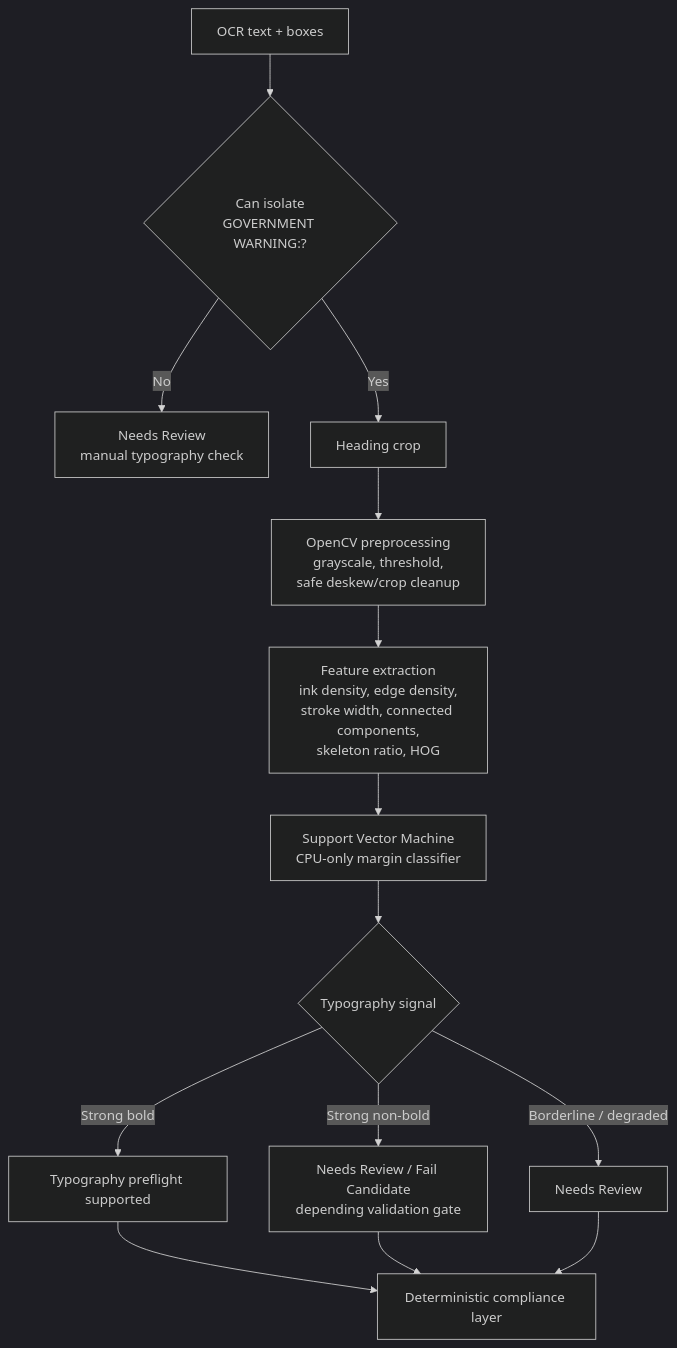
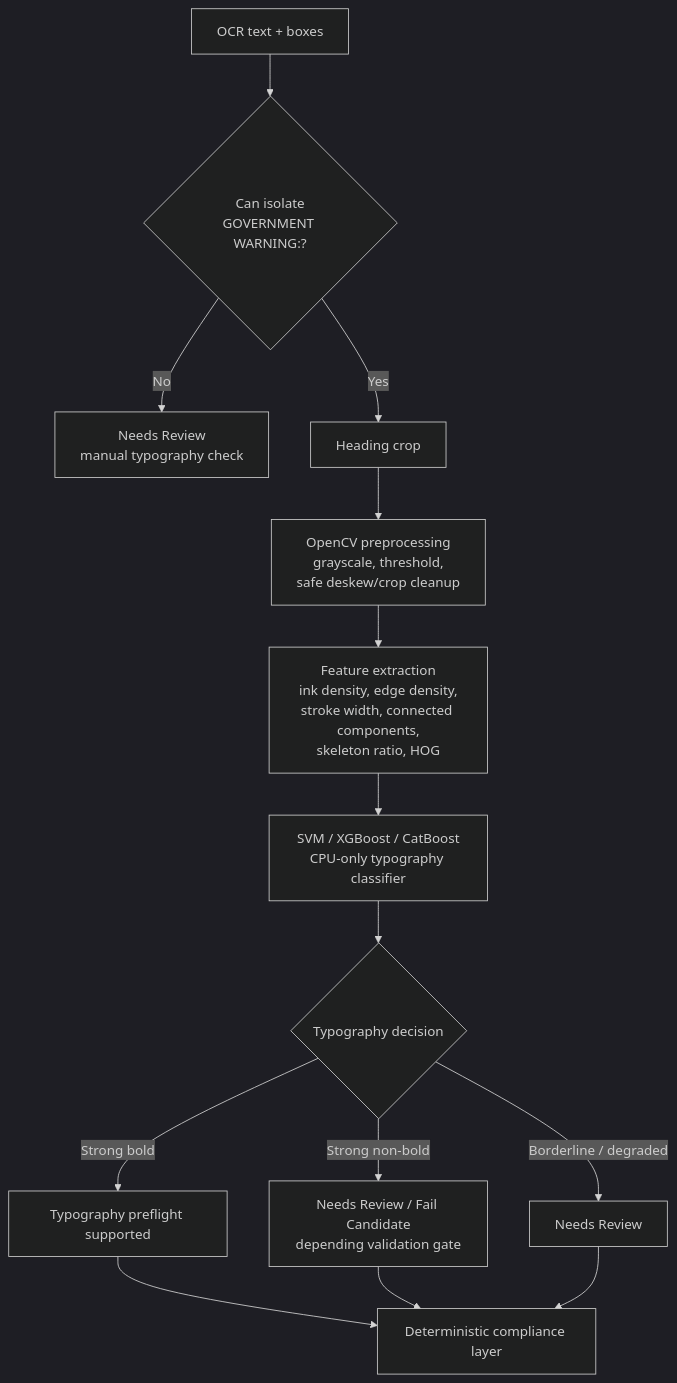
One commit to AaronNHorvitz/Labels-On-Tap changed the seventh of 10 diagrams in MODEL_ARCHITECTURE.md. Above: the diagram before and after it, drawn with Mermaid (dark theme). The commit also changed other lines of this file and 9 other files, not shown here.

````diff
--- a/MODEL_ARCHITECTURE.md
+++ b/MODEL_ARCHITECTURE.md
@@ -343,16 +344,16 @@
 ```mermaid
 flowchart TD
     A["OCR text + boxes"] --> B{"Can isolate<br/>GOVERNMENT WARNING:?"}
     B -->|No| C["Needs Review<br/>manual typography check"]
     B -->|Yes| D["Heading crop"]
     D --> E["OpenCV preprocessing<br/>grayscale, threshold,<br/>safe deskew/crop cleanup"]
     E --> F["Feature extraction<br/>ink density, edge density,<br/>stroke width, connected components,<br/>skeleton ratio, HOG"]
-    F --> G["Support Vector Machine<br/>CPU-only margin classifier"]
-    G --> H{"Typography signal"}
+    F --> G["SVM / XGBoost / CatBoost<br/>CPU-only typography classifier"]
+    G --> H{"Typography decision"}
     H -->|"Strong bold"| I["Typography preflight supported"]
     H -->|"Strong non-bold"| J["Needs Review / Fail Candidate<br/>depending validation gate"]
     H -->|"Borderline / degraded"| K["Needs Review"]
     I --> L["Deterministic compliance layer"]
     J --> L
     K --> L
 ```
````
